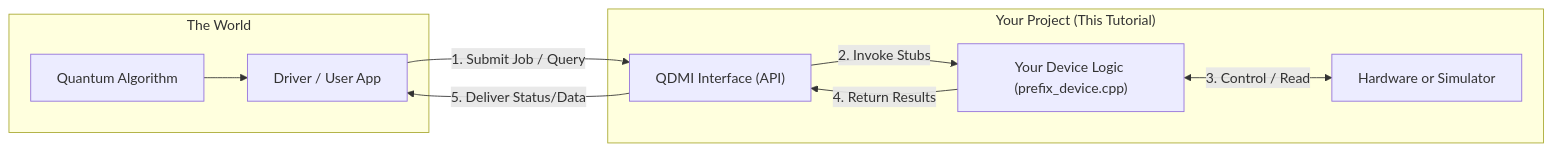
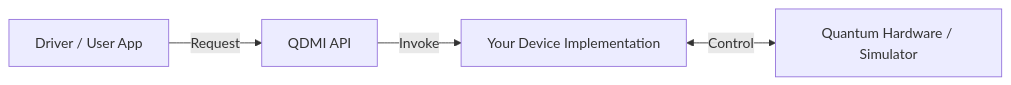
One commit to Munich-Quantum-Software-Stack/QDMI changed the first of 4 diagrams in docs/tutorial.md. Above: the diagram before and after it, drawn with Mermaid. The commit also changed other lines of this file, not shown here.

````diff
--- a/docs/tutorial.md
+++ b/docs/tutorial.md
@@ -29,16 +5,9 @@
 ```mermaid
 graph LR
-    subgraph "The World"
-    A[Quantum Algorithm] --> B[Driver / User App]
-    end
-
-    B -->|1. Submit Job / Query| C["QDMI Interface (API)"]
-
-    subgraph "Your Project (This Tutorial)"
-    C -->|2. Invoke Stubs| D["Your Device Logic (prefix_device.cpp)"]
-    D <-->|3. Control / Read| E[Hardware or Simulator]
-    end
-
-    D -->|4. Return Results| C
-    C -->|5. Deliver Status/Data| B
+    accTitle: QDMI Architecture Overview
+    accDescr: High-level diagram showing data flow from a Driver through the QDMI API to your Device Implementation and finally to the hardware.
+    
+    Driver[Driver / User App] -->|Request| API[QDMI API]
+    API -->|Invoke| Device[Your Device Implementation]
+    Device <-->|Control| HW[Quantum Hardware / Simulator]
 ```
````
